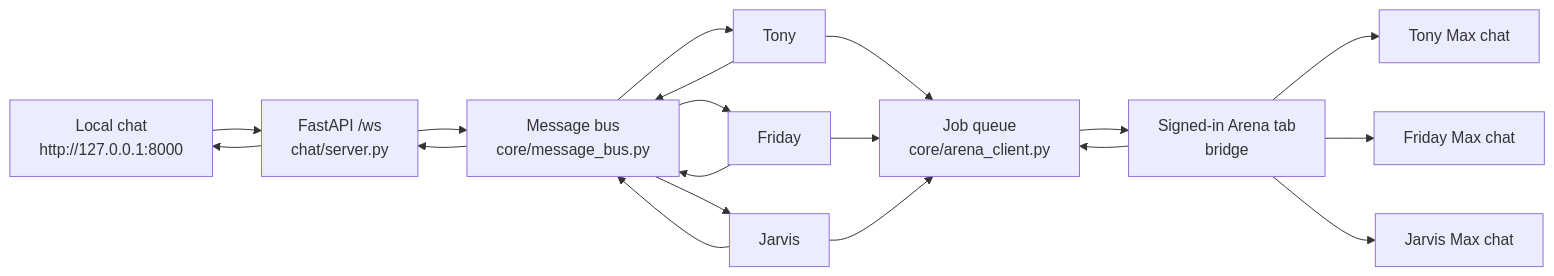
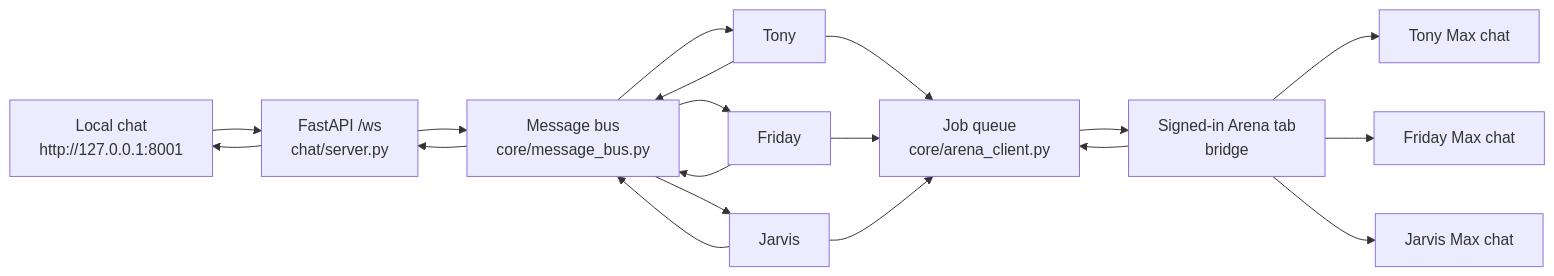
The diagram in README.md (sairamodela/stark-arena-ai), drawn with Mermaid before and after one commit. The commit also changed other lines of this file and 19 other files, not shown here.

````diff
--- a/README.md
+++ b/README.md
@@ -128,31 +134,31 @@
 ```mermaid
 flowchart LR
-  UI["Local chat\nhttp://127.0.0.1:8000"]
+  UI["Local chat\nhttp://127.0.0.1:8001"]
   WS["FastAPI /ws\nchat/server.py"]
   BUS["Message bus\ncore/message_bus.py"]
   T["Tony"]
   F["Friday"]
   J["Jarvis"]
   Q["Job queue\ncore/arena_client.py"]
   BR["Signed-in Arena tab\nbridge"]
   AT["Tony Max chat"]
   AF["Friday Max chat"]
   AJ["Jarvis Max chat"]
 
   UI --> WS --> BUS
   BUS --> T
   BUS --> F
   BUS --> J
   T --> Q
   F --> Q
   J --> Q
   Q --> BR
   BR --> AT
   BR --> AF
   BR --> AJ
   BR --> Q
   T --> BUS
   F --> BUS
   J --> BUS
   BUS --> WS --> UI
 ```
````
